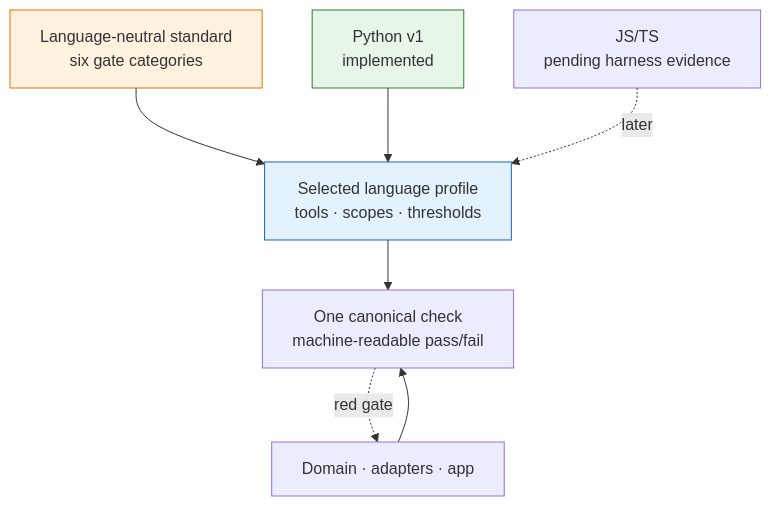
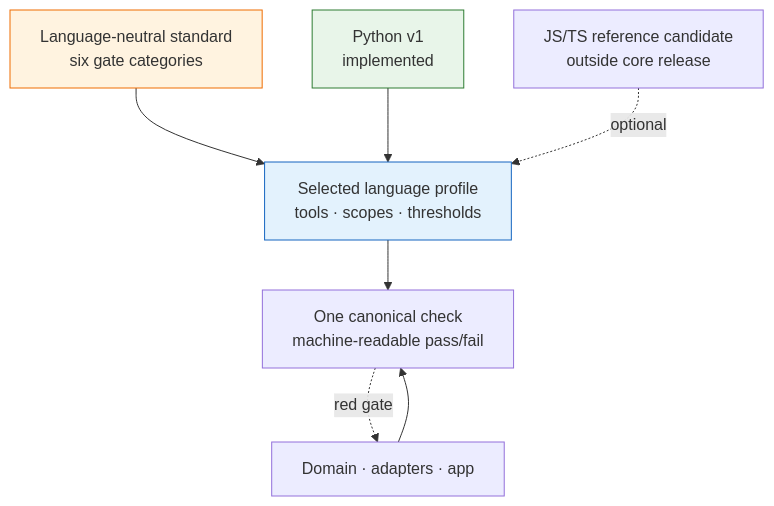
Before and after one commit to anatoly-m-maslennikov/dset-specs-loops-framework: the diagram in methodology/05_Layered Build Standard — DDD, TDD, Small Functions, Typed Gates.md, drawn with Mermaid. The commit also changed other lines of this file and 2 other files, not shown here.

Commit message:
docs: isolate external adopter scope
Implements: DSET-DECISION-OPS-004

Session: codex:019f591f-04f6-70f2-8de7-828b7cccc69d

````diff
--- a/methodology/05_Layered Build Standard — DDD, TDD, Small Functions, Typed Gates.md
+++ b/methodology/05_Layered Build Standard — DDD, TDD, Small Functions, Typed Gates.md
@@ -7,12 +7,12 @@
 ```mermaid
 graph TD
     RULES["Language-neutral standard<br/>six gate categories"] --> PROFILE["Selected language profile<br/>tools · scopes · thresholds"]
     PROFILE --> CHECK["One canonical check<br/>machine-readable pass/fail"]
     CHECK -.red gate.-> CODE["Domain · adapters · app"]
     CODE --> CHECK
     PY["Python v1<br/>implemented"] --> PROFILE
-    TS["JS/TS<br/>pending harness evidence"] -.later.-> PROFILE
+    TS["JS/TS reference candidate<br/>outside core release"] -.optional.-> PROFILE
     style RULES fill:#fff3e0,stroke:#ef6c00
     style PROFILE fill:#e3f2fd,stroke:#1565c0
     style PY fill:#e8f5e9,stroke:#2e7d32
 ```
````
